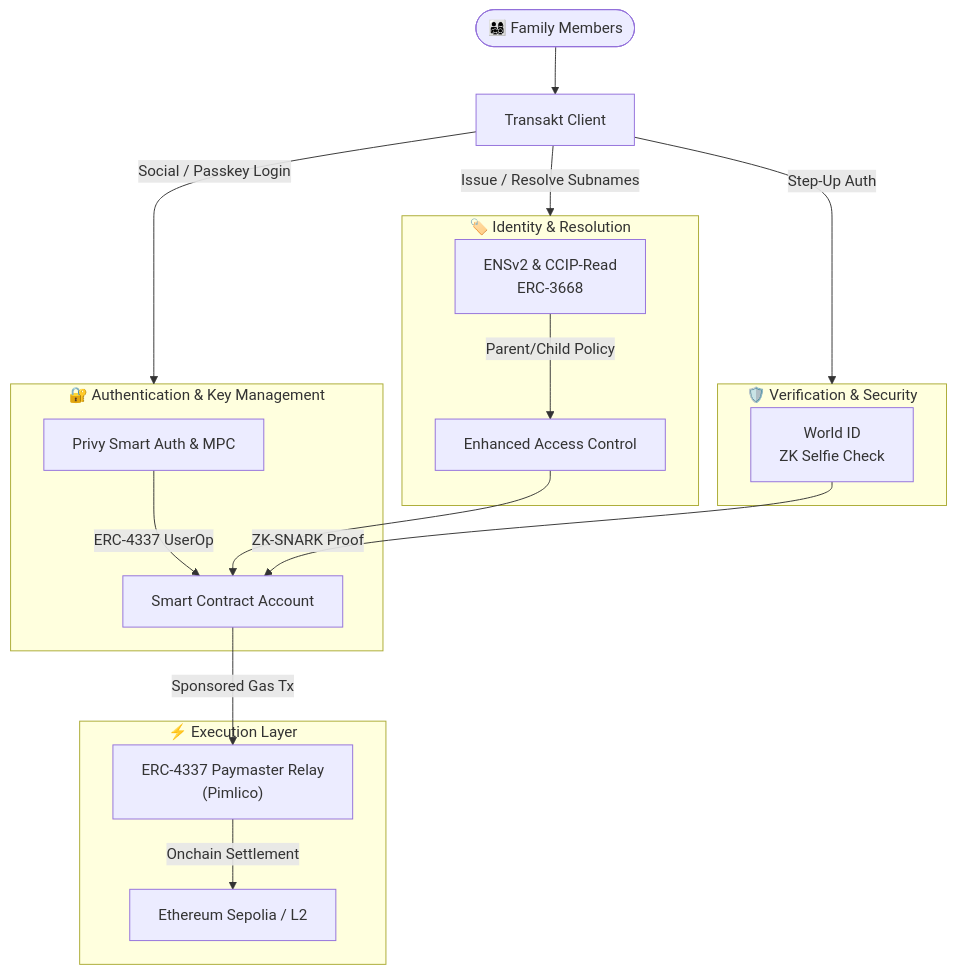
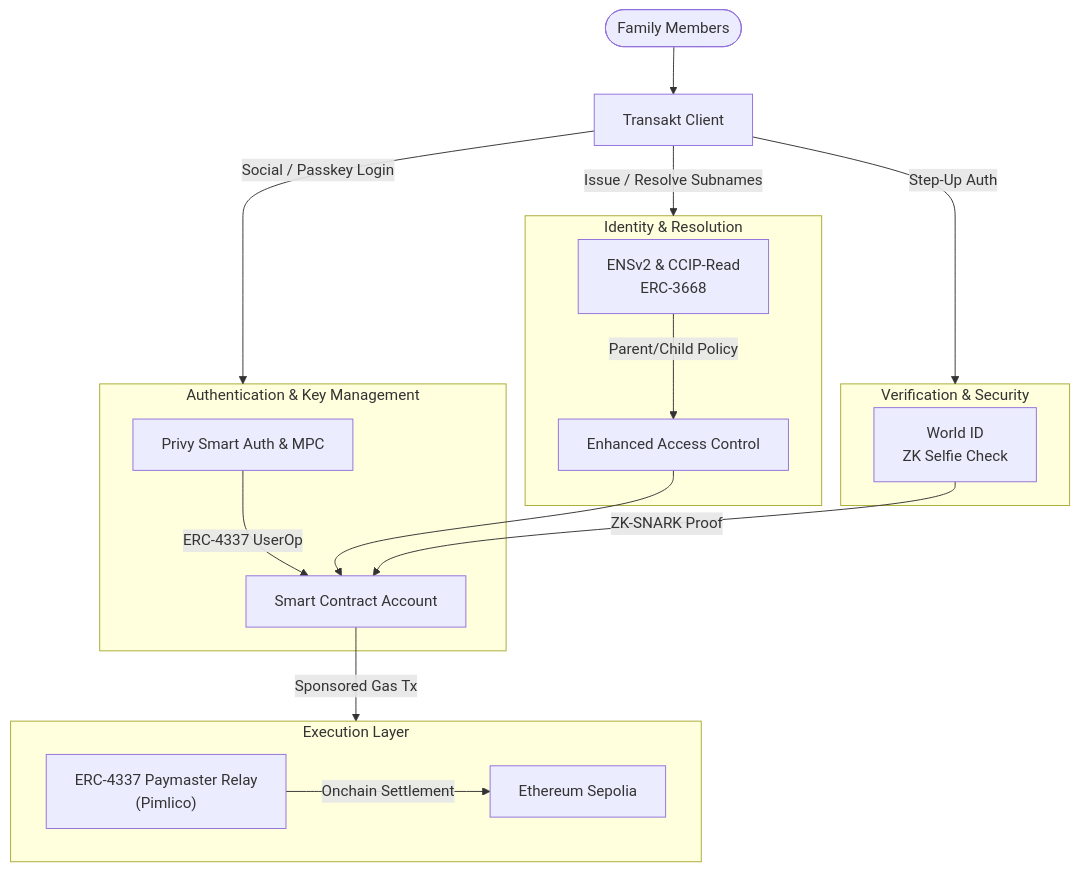
The diagram in README.md (shashanka2a/Transakt_App), drawn with Mermaid before and after one commit. The commit also changed other lines of this file, not shown here.

````diff
--- a/README.md
+++ b/README.md
@@ -53,33 +53,33 @@
 ```mermaid
 flowchart TB
-    User(["👨‍👩‍👧‍👦 Family Members"])
+    User(["Family Members"])
     User --> UI["Transakt Client"]
 
     UI -->|"Social / Passkey Login"| Auth
     UI -->|"Issue / Resolve Subnames"| Identity
     UI -->|"Step-Up Auth"| Security
 
-    subgraph Identity["🏷️ Identity & Resolution"]
+    subgraph Identity["Identity & Resolution"]
         ENS["ENSv2 & CCIP-Read\nERC-3668"]
         ENS -->|"Parent/Child Policy"| EAC["Enhanced Access Control"]
     end
 
-    subgraph Auth["🔐 Authentication & Key Management"]
+    subgraph Auth["Authentication & Key Management"]
         Privy["Privy Smart Auth & MPC"]
         Privy -->|"ERC-4337 UserOp"| AA["Smart Contract Account"]
     end
 
-    subgraph Security["🛡️ Verification & Security"]
+    subgraph Security["Verification & Security"]
         WorldID["World ID\nZK Selfie Check"]
     end
 
     EAC --> AA
     WorldID -->|"ZK-SNARK Proof"| AA
 
-    AA -->|"Sponsored Gas Tx"| Paymaster
+    AA -->|"Sponsored Gas Tx"| Execution
 
-    subgraph Execution["⚡ Execution Layer"]
+    subgraph Execution["Execution Layer"]
         Paymaster["ERC-4337 Paymaster Relay\n(Pimlico)"]
-        Paymaster -->|"Onchain Settlement"| Sepolia["Ethereum Sepolia / L2"]
+        Paymaster -->|"Onchain Settlement"| Sepolia["Ethereum Sepolia"]
     end
 ```
````
